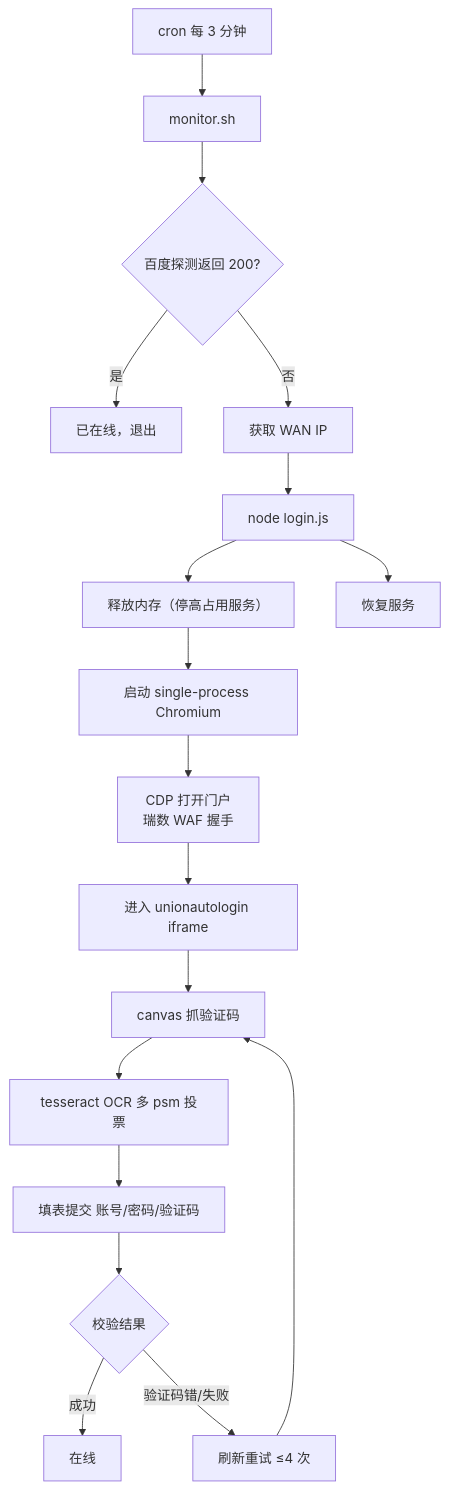
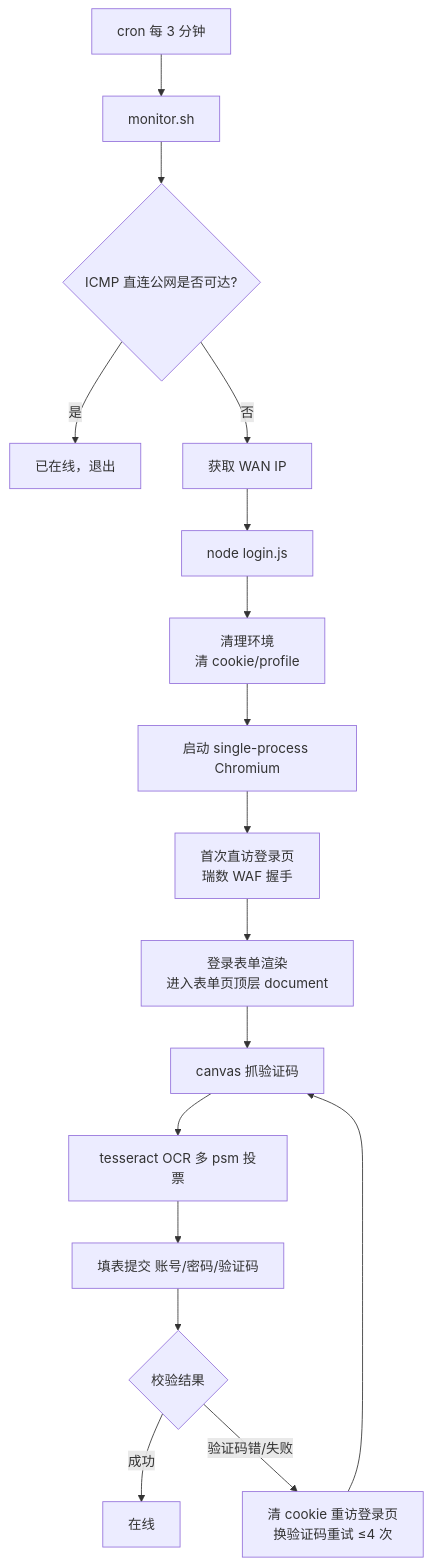
One commit to MakeBlackSheepGreat/campus-network-auto-login changed the first of 4 diagrams in README.md. Above: the diagram before and after it, drawn with Mermaid. The commit also changed other lines of this file and 2 other files, not shown here.

First line of the commit message:
v3: 修复瑞数 WAF 握手失败与假在线漏判

````diff
--- a/README.md
+++ b/README.md
@@ -84,20 +83,19 @@
 ```mermaid
 flowchart TD
     C[cron 每 3 分钟] --> M[monitor.sh]
-    M --> Q{百度探测返回 200?}
+    M --> Q{ICMP 直连公网是否可达?}
     Q -- 是 --> X[已在线，退出]
     Q -- 否 --> G[获取 WAN IP]
     G --> L[node login.js]
-    L --> F[释放内存（停高占用服务）]
+    L --> F[清理环境<br/>清 cookie/profile]
     F --> B[启动 single-process Chromium]
-    B --> H[CDP 打开门户<br/>瑞数 WAF 握手]
-    H --> I[进入 unionautologin iframe]
+    B --> H[首次直访登录页<br/>瑞数 WAF 握手]
+    H --> I[登录表单渲染<br/>进入表单页顶层 document]
     I --> V[canvas 抓验证码]
     V --> O[tesseract OCR 多 psm 投票]
     O --> S[填表提交 账号/密码/验证码]
     S --> R{校验结果}
     R -- 成功 --> K[在线]
-    R -- 验证码错/失败 --> A[刷新重试 ≤4 次]
+    R -- 验证码错/失败 --> A[清 cookie 重访登录页<br/>换验证码重试 ≤4 次]
     A --> V
-    L --> E[恢复服务]
 ```
````
